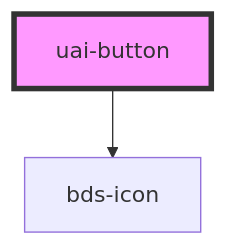
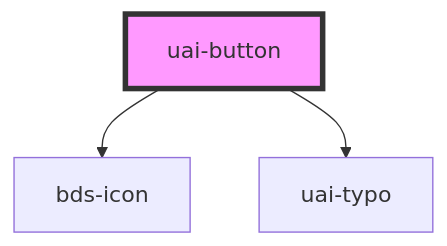
One commit to takenet/blip-ds changed the diagram in src/components/uai-button/readme.md. Above: the diagram before and after it, drawn with Mermaid. The commit also changed other lines of this file and 8 other files, not shown here.

First line of the commit message:
feat(uai-button): render the label with uai-typo and ship the React dist

````diff
--- a/src/components/uai-button/readme.md
+++ b/src/components/uai-button/readme.md
@@ -154,5 +155,6 @@
 ```mermaid
 graph TD;
   uai-button --> bds-icon
+  uai-button --> uai-typo
   style uai-button fill:#f9f,stroke:#333,stroke-width:4px
 ```
````
